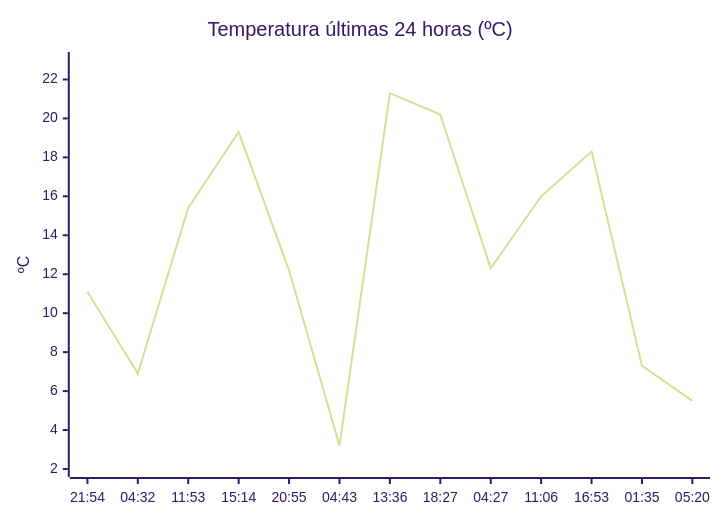
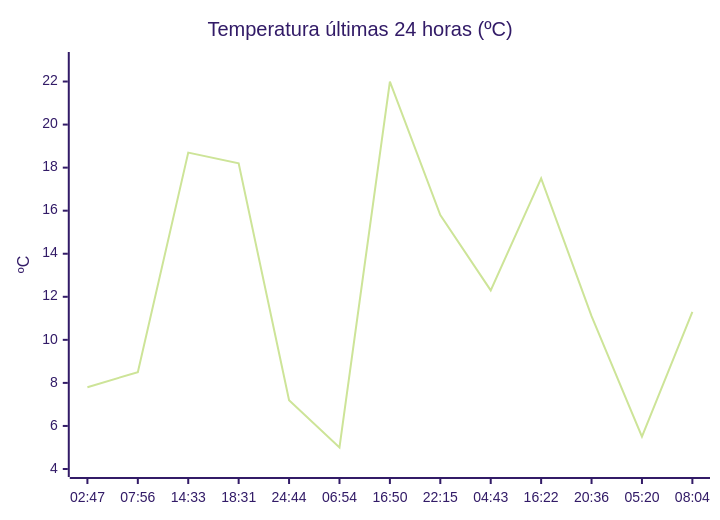
Before and after one commit to solidsnk86/rem-scrap: the diagram in README.md, drawn with Mermaid (forest theme). The commit also changed other lines of this file, not shown here.

````diff
--- a/README.md
+++ b/README.md
@@ -32,7 +32,7 @@
 ```mermaid
 xychart-beta
     title "Temperatura últimas 24 horas (ºC)"
-    x-axis ["21:54", "04:32", "11:53", "15:14", "20:55", "04:43", "13:36", "18:27", "04:27", "11:06", "16:53", "01:35", "05:20"]
-    y-axis "ºC" 2 --> 23
-    line [11.1, 6.9, 15.4, 19.3, 12.2, 3.2, 21.3, 20.2, 12.3, 16, 18.3, 7.3, 5.5]
+    x-axis ["02:47", "07:56", "14:33", "18:31", "24:44", "06:54", "16:50", "22:15", "04:43", "16:22", "20:36", "05:20", "08:04"]
+    y-axis "ºC" 4 --> 23
+    line [7.8, 8.5, 18.7, 18.2, 7.2, 5, 22, 15.8, 12.3, 17.5, 11.1, 5.5, 11.3]
 ```
````
